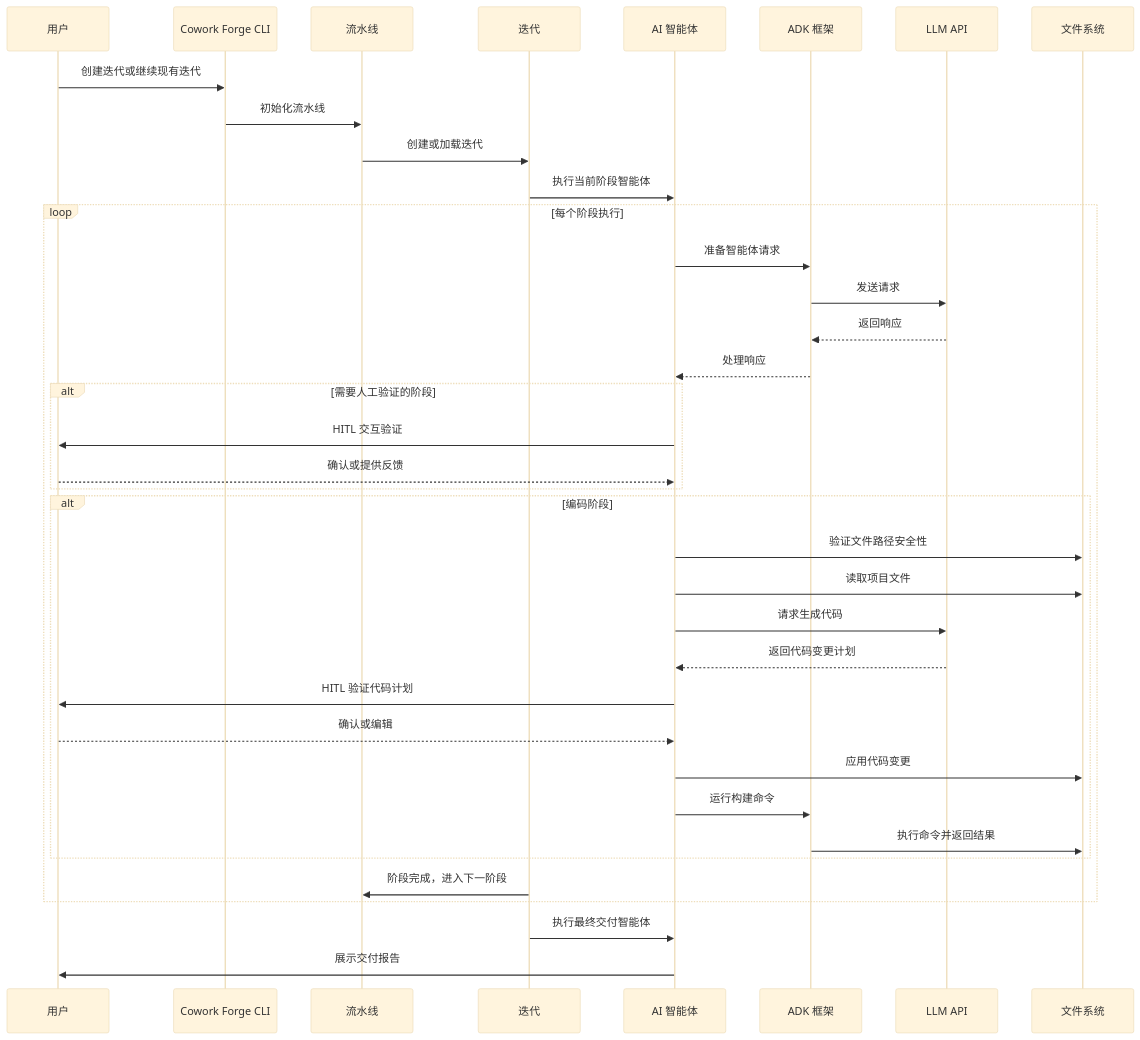
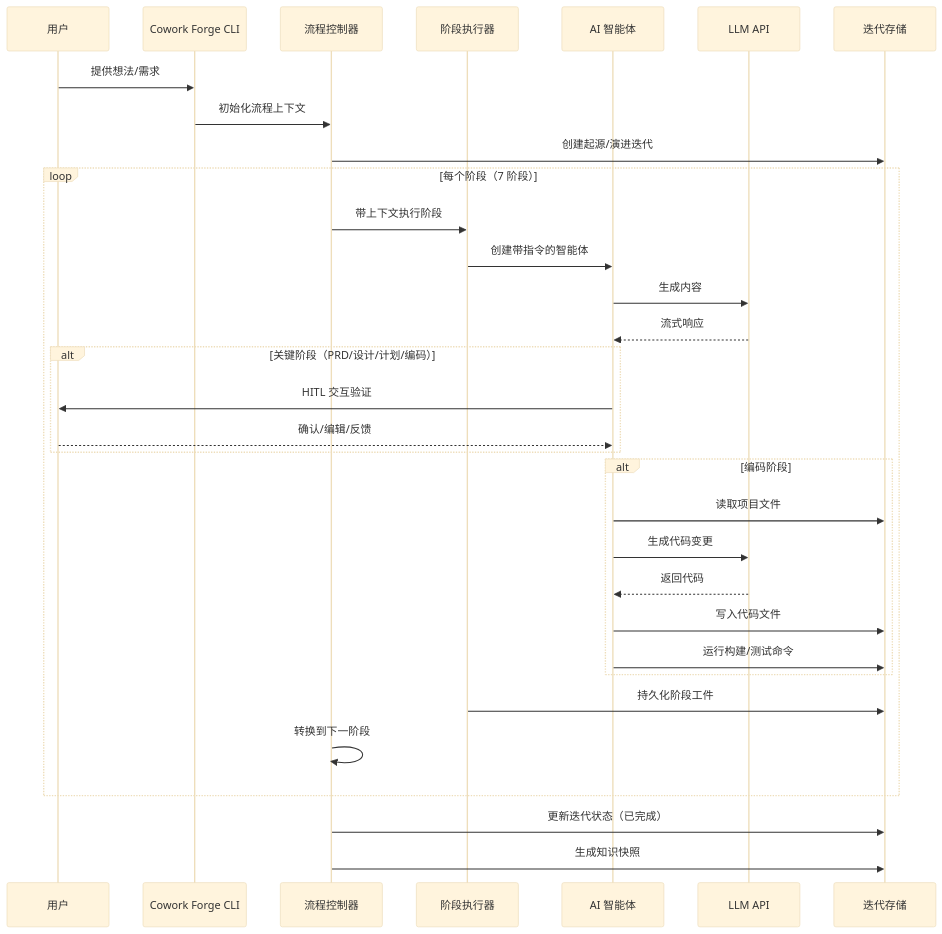
The second of 3 diagrams in README_zh.md (sopaco/cowork-forge), drawn with Mermaid (base theme) before and after one commit. The commit also changed other lines of this file and 1 other file, not shown here.

First line of the commit message:
Update architecture to hexagonal design

````diff
--- a/README_zh.md
+++ b/README_zh.md
@@ -293,45 +302,40 @@
 ```mermaid
 sequenceDiagram
     participant User as 用户
     participant CLI as Cowork Forge CLI
-    participant Pipeline as 流水线
-    participant Iteration as 迭代
+    participant Pipeline as 流程控制器
+    participant Stage as 阶段执行器
     participant Agents as AI 智能体
-    participant ADK as ADK 框架
     participant LLM as LLM API
-    participant FS as 文件系统
+    participant Store as 迭代存储
 
-    User->>CLI: 创建迭代或继续现有迭代
-    CLI->>Pipeline: 初始化流水线
-    Pipeline->>Iteration: 创建或加载迭代
-    Iteration->>Agents: 执行当前阶段智能体
+    User->>CLI: 提供想法/需求
+    CLI->>Pipeline: 初始化流程上下文
+    Pipeline->>Store: 创建起源/演进迭代
     
-    loop 每个阶段执行
-        Agents->>ADK: 准备智能体请求
-        ADK->>LLM: 发送请求
-        LLM-->>ADK: 返回响应
-        ADK-->>Agents: 处理响应
+    loop 每个阶段（7 阶段）
+        Pipeline->>Stage: 带上下文执行阶段
+        Stage->>Agents: 创建带指令的智能体
+        Agents->>LLM: 生成内容
+        LLM-->>Agents: 流式响应
         
-        alt 需要人工验证的阶段
+        alt 关键阶段（PRD/设计/计划/编码）
             Agents->>User: HITL 交互验证
-            User-->>Agents: 确认或提供反馈
+            User-->>Agents: 确认/编辑/反馈
         end
         
         alt 编码阶段
-            Agents->>FS: 验证文件路径安全性
-            Agents->>FS: 读取项目文件
-            Agents->>LLM: 请求生成代码
-            LLM-->>Agents: 返回代码变更计划
-            Agents->>User: HITL 验证代码计划
-            User-->>Agents: 确认或编辑
-            Agents->>FS: 应用代码变更
-            Agents->>ADK: 运行构建命令
-            ADK->>FS: 执行命令并返回结果
+            Agents->>Store: 读取项目文件
+            Agents->>LLM: 生成代码变更
+            LLM-->>Agents: 返回代码
+            Agents->>Store: 写入代码文件
+            Agents->>Store: 运行构建/测试命令
         end
         
-        Iteration->>Pipeline: 阶段完成，进入下一阶段
+        Stage->>Store: 持久化阶段工件
+        Pipeline->>Pipeline: 转换到下一阶段
     end
     
-    Iteration->>Agents: 执行最终交付智能体
-    Agents->>User: 展示交付报告
+    Pipeline->>Store: 更新迭代状态（已完成）
+    Pipeline->>Store: 生成知识快照
 ```
````
